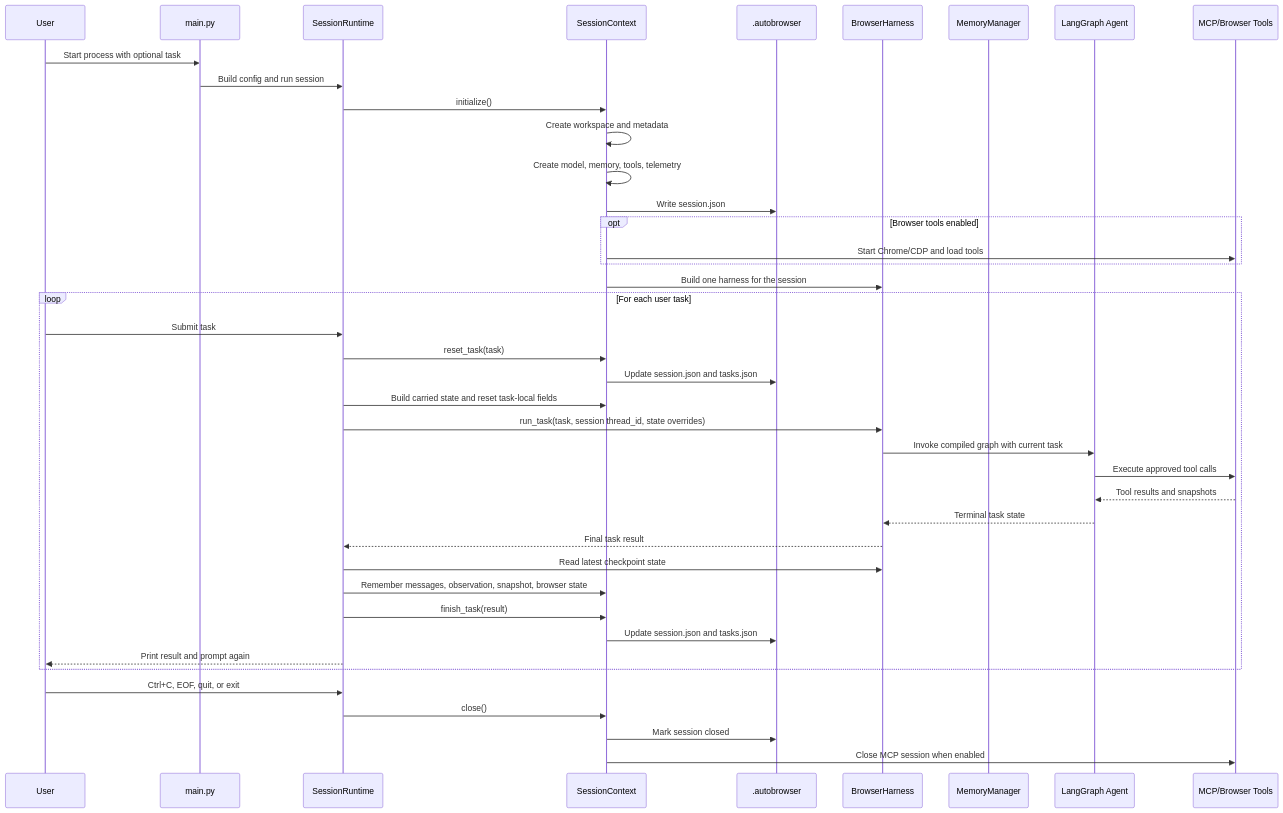
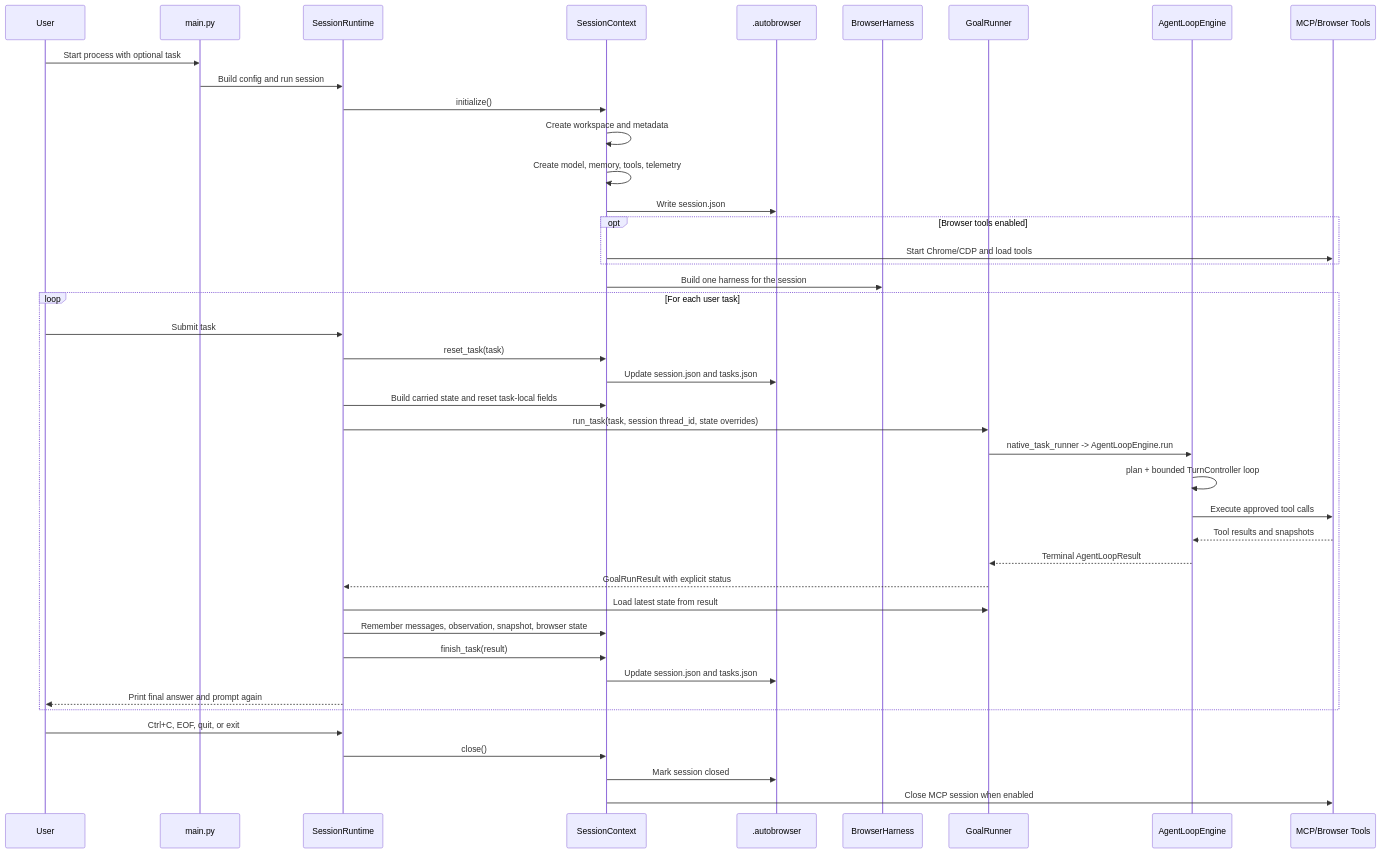
The diagram in docs/diagrams/session-runtime-sequence.md (Hastur456/AutoBrowser), drawn with Mermaid before and after one commit. The commit also changed other lines of this file and 11 other files, not shown here.

````diff
--- a/docs/diagrams/session-runtime-sequence.md
+++ b/docs/diagrams/session-runtime-sequence.md
@@ -9,44 +9,45 @@
 ```mermaid
 sequenceDiagram
   participant User
   participant CLI as main.py
   participant Session as SessionRuntime
   participant Context as SessionContext
   participant Files as .autobrowser
   participant Harness as BrowserHarness
-  participant Memory as MemoryManager
-  participant Agent as LangGraph Agent
+  participant Goals as GoalRunner
+  participant Engine as AgentLoopEngine
   participant MCP as MCP/Browser Tools
 
   User->>CLI: Start process with optional task
   CLI->>Session: Build config and run session
   Session->>Context: initialize()
   Context->>Context: Create workspace and metadata
   Context->>Context: Create model, memory, tools, telemetry
   Context->>Files: Write session.json
   opt Browser tools enabled
     Context->>MCP: Start Chrome/CDP and load tools
   end
   Context->>Harness: Build one harness for the session
   loop For each user task
     User->>Session: Submit task
     Session->>Context: reset_task(task)
     Context->>Files: Update session.json and tasks.json
     Session->>Context: Build carried state and reset task-local fields
-    Session->>Harness: run_task(task, session thread_id, state overrides)
-    Harness->>Agent: Invoke compiled graph with current task
-    Agent->>MCP: Execute approved tool calls
-    MCP-->>Agent: Tool results and snapshots
-    Agent-->>Harness: Terminal task state
-    Harness-->>Session: Final task result
-    Session->>Harness: Read latest checkpoint state
+    Session->>Goals: run_task(task, session thread_id, state overrides)
+    Goals->>Engine: native_task_runner -> AgentLoopEngine.run
+    Engine->>Engine: plan + bounded TurnController loop
+    Engine->>MCP: Execute approved tool calls
+    MCP-->>Engine: Tool results and snapshots
+    Engine-->>Goals: Terminal AgentLoopResult
+    Goals-->>Session: GoalRunResult with explicit status
+    Session->>Goals: Load latest state from result
     Session->>Context: Remember messages, observation, snapshot, browser state
     Session->>Context: finish_task(result)
     Context->>Files: Update session.json and tasks.json
-    Session-->>User: Print result and prompt again
+    Session-->>User: Print final answer and prompt again
   end
   User->>Session: Ctrl+C, EOF, quit, or exit
   Session->>Context: close()
   Context->>Files: Mark session closed
   Context->>MCP: Close MCP session when enabled
 ```
````
